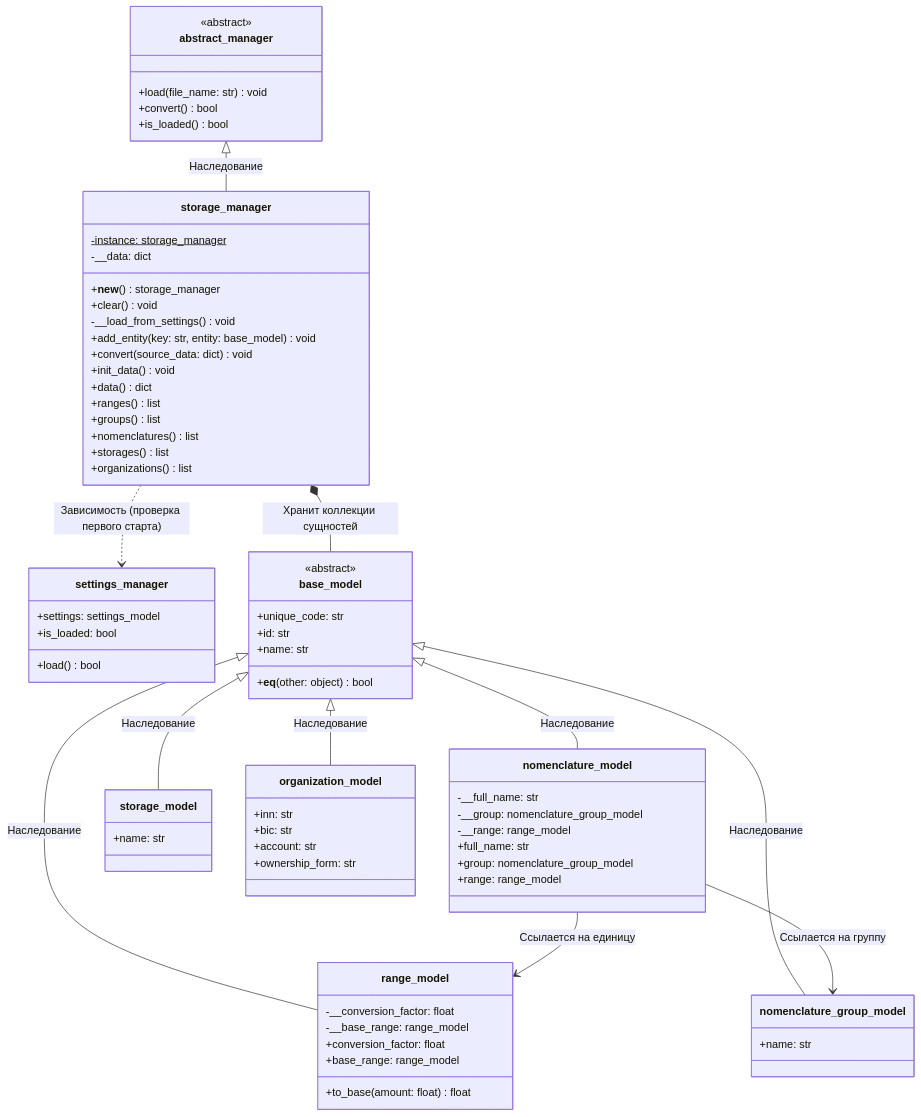
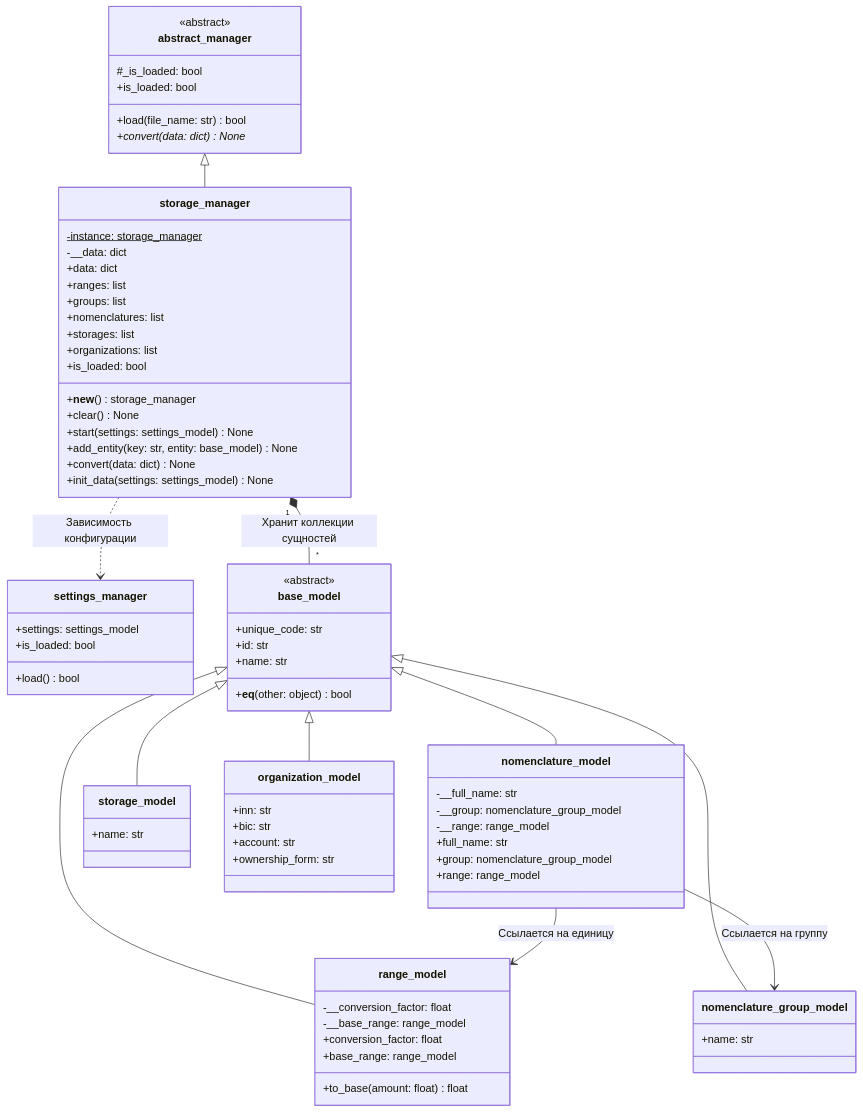
Before and after one commit to waqque/daisy: the second of 2 diagrams in Docs/Diagrams.md, drawn with Mermaid. The commit also changed other lines of this file and 18 other files, not shown here.

````diff
--- a/Docs/Diagrams.md
+++ b/Docs/Diagrams.md
@@ -79,26 +83,28 @@
 
     class abstract_manager {
         <<abstract>>
-        +load(file_name: str) void
-        +convert() bool
-        +is_loaded() bool
+        #_is_loaded: bool
+        +load(file_name: str) bool
+        +convert(data: dict)* None
+        +is_loaded: bool
     }
 
     class storage_manager {
         -instance: storage_manager$
         -__data: dict
         +__new__() storage_manager
-        +clear() void
-        -__load_from_settings() void
-        +add_entity(key: str, entity: base_model) void
-        +convert(source_data: dict) void
-        +init_data() void
-        +data() dict
-        +ranges() list
-        +groups() list
-        +nomenclatures() list
-        +storages() list
-        +organizations() list
+        +clear() None
+        +start(settings: settings_model) None
+        +add_entity(key: str, entity: base_model) None
+        +convert(data: dict) None
+        +init_data(settings: settings_model) None
+        +data: dict
+        +ranges: list
+        +groups: list
+        +nomenclatures: list
+        +storages: list
+        +organizations: list
+        +is_loaded: bool
     }
 
     class settings_manager {
@@ -147,16 +153,16 @@
         +ownership_form: str
     }
 
-    abstract_manager <|-- storage_manager : Наследование
-    storage_manager ..> settings_manager : Зависимость (проверка первого старта)
+    abstract_manager <|-- storage_manager
+    storage_manager ..> settings_manager : Зависимость конфигурации
 
-    base_model <|-- range_model : Наследование
-    base_model <|-- nomenclature_group_model : Наследование
-    base_model <|-- nomenclature_model : Наследование
-    base_model <|-- storage_model : Наследование
-    base_model <|-- organization_model : Наследование
+    base_model <|-- range_model
+    base_model <|-- nomenclature_group_model
+    base_model <|-- nomenclature_model
+    base_model <|-- storage_model
+    base_model <|-- organization_model
 
-    storage_manager *-- base_model : Хранит коллекции сущностей
+    storage_manager "1" *-- "*" base_model : Хранит коллекции сущностей
     nomenclature_model --> nomenclature_group_model : Ссылается на группу
     nomenclature_model --> range_model : Ссылается на единицу
 ```
````
